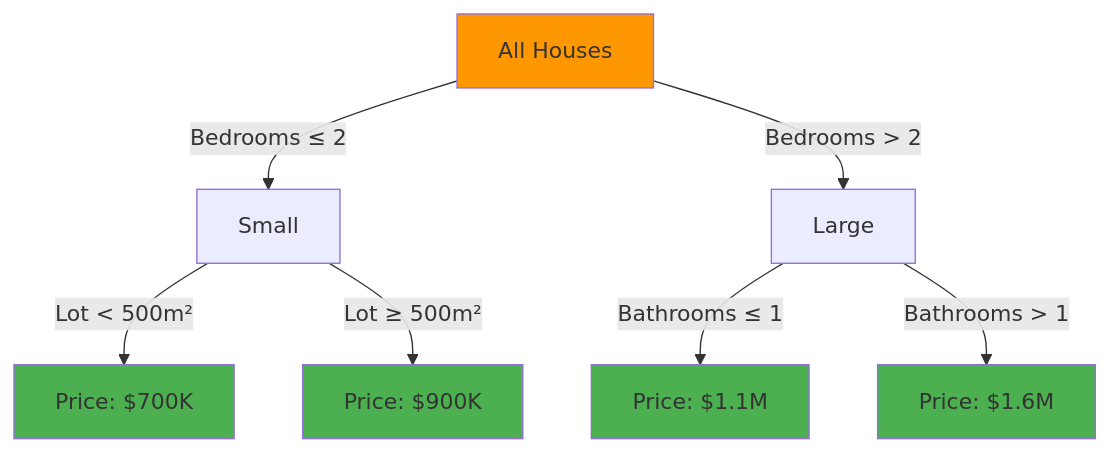
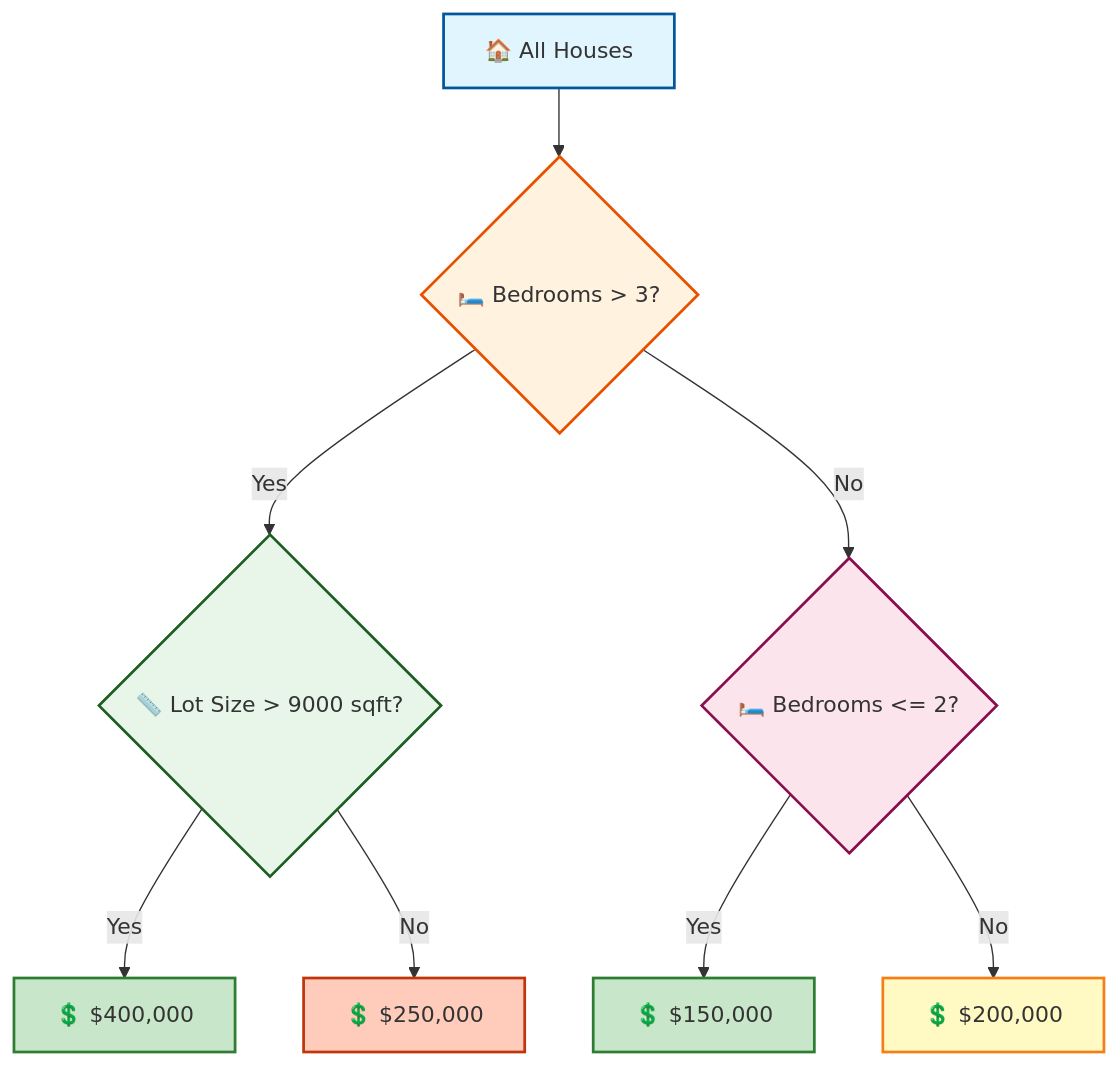
One commit to beingAnujChaudhary/personalNotes changed the third of 11 diagrams in ai-ml-roadmap/phase-01-machine-learning/assets/kaggleIntrotoMachineLearning/readme.md. Above: the diagram before and after it, drawn with Mermaid. The commit also changed other lines of this file, not shown here.

````diff
--- a/ai-ml-roadmap/phase-01-machine-learning/assets/kaggleIntrotoMachineLearning/readme.md
+++ b/ai-ml-roadmap/phase-01-machine-learning/assets/kaggleIntrotoMachineLearning/readme.md
@@ -79,15 +94,19 @@
 ```mermaid
 graph TD
-    A[All Houses] -->|"Bedrooms ≤ 2"| B[Small]
-    A -->|"Bedrooms > 2"| C[Large]
-    B -->|"Lot < 500m²"| D[Price: $700K]
-    B -->|"Lot ≥ 500m²"| E[Price: $900K]
-    C -->|"Bathrooms ≤ 1"| F[Price: $1.1M]
-    C -->|"Bathrooms > 1"| G[Price: $1.6M]
-    
-    style A fill:#ff9800
-    style D fill:#4caf50
-    style E fill:#4caf50
-    style F fill:#4caf50
-    style G fill:#4caf50
+    A[🏠 All Houses] --> B{🛏️ Bedrooms > 3?};
+    B -- Yes --> C{📏 Lot Size > 9000 sqft?};
+    B -- No --> D{🛏️ Bedrooms <= 2?};
+    C -- Yes --> E[💲 $400,000];
+    C -- No --> F[💲 $250,000];
+    D -- Yes --> G[💲 $150,000];
+    D -- No --> H[💲 $200,000];
+
+    style A fill:#e1f5fe,stroke:#01579b,stroke-width:2px
+    style B fill:#fff3e0,stroke:#e65100,stroke-width:2px
+    style C fill:#e8f5e9,stroke:#1b5e20,stroke-width:2px
+    style D fill:#fce4ec,stroke:#880e4f,stroke-width:2px
+    style E fill:#c8e6c9,stroke:#2e7d32,stroke-width:2px
+    style F fill:#ffccbc,stroke:#bf360c,stroke-width:2px
+    style G fill:#c8e6c9,stroke:#2e7d32,stroke-width:2px
+    style H fill:#fff9c4,stroke:#f57f17,stroke-width:2px
 ```
````
